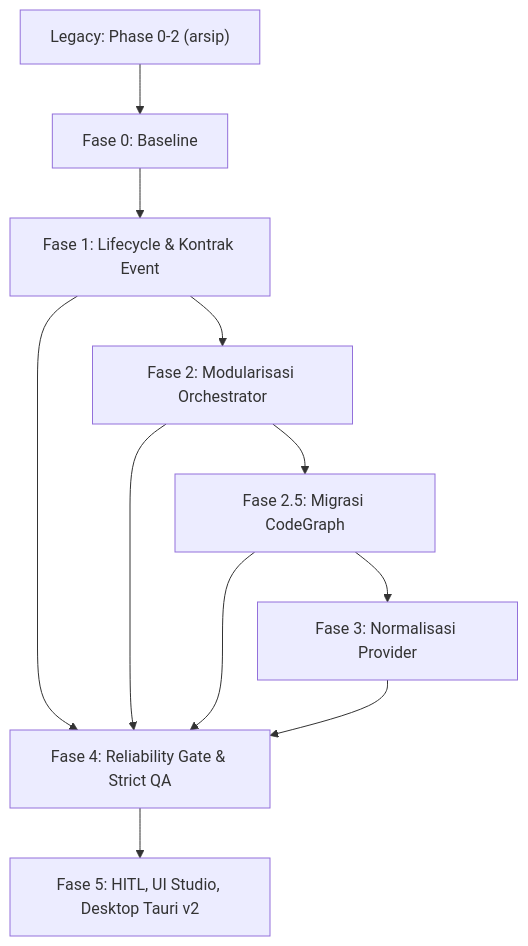
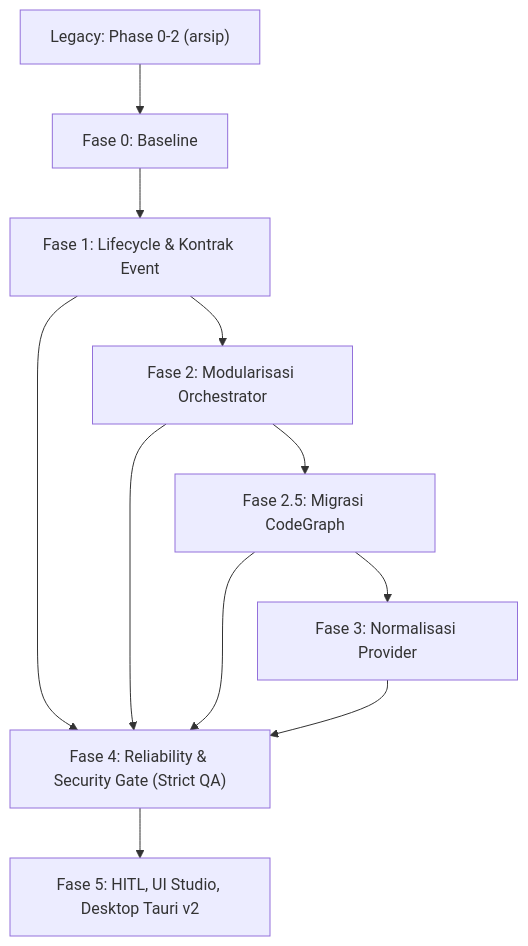
One commit to aditlab-code/aegiscode changed the diagram in Roadmap.md. Above: the diagram before and after it, drawn with Mermaid. The commit also changed other lines of this file and 19 other files, not shown here.

````diff
--- a/Roadmap.md
+++ b/Roadmap.md
@@ -39,10 +39,10 @@
 ```mermaid
 graph TD
     L["Legacy: Phase 0-2 (arsip)"] --> F0["Fase 0: Baseline"]
     F0 --> F1["Fase 1: Lifecycle & Kontrak Event"]
     F1 --> F2["Fase 2: Modularisasi Orchestrator"]
     F2 --> F2_5["Fase 2.5: Migrasi CodeGraph"]
     F2_5 --> F3["Fase 3: Normalisasi Provider"]
-    F1 & F2 & F2_5 & F3 --> F4["Fase 4: Reliability Gate & Strict QA"]
+    F1 & F2 & F2_5 & F3 --> F4["Fase 4: Reliability & Security Gate (Strict QA)"]
     F4 --> F5["Fase 5: HITL, UI Studio, Desktop Tauri v2"]
 ```
````
